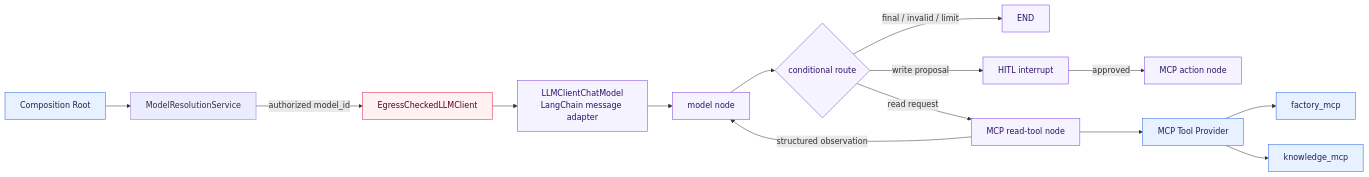
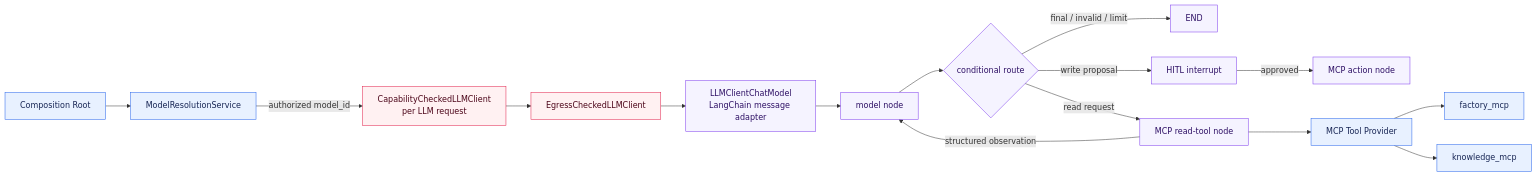
Diagram 11 of 21 in docs/architecture/overview.md (aboerzel/industrial-ai-agent), drawn with Mermaid before and after one commit. The commit also changed other lines of this file and 25 other files, not shown here.

Commit message:
fix: refine provider capability handling

````diff
--- a/docs/architecture/overview.md
+++ b/docs/architecture/overview.md
@@ -704,23 +722,24 @@
 ```mermaid
 flowchart LR
     CR["Composition Root"] --> Resolver["ModelResolutionService"]
-    Resolver -->|"authorized model_id"| Security["EgressCheckedLLMClient"]
+    Resolver -->|"authorized model_id"| Capability["CapabilityCheckedLLMClient<br/>per LLM request"]
+    Capability --> Security["EgressCheckedLLMClient"]
     Security --> Adapter["LLMClientChatModel<br/>LangChain message adapter"]
     Adapter --> Model["model node"]
     Model --> Route{"conditional route"}
     Route -->|"final / invalid / limit"| End["END"]
     Route -->|"read request"| Tool["MCP read-tool node"]
     Route -->|"write proposal"| Approval["HITL interrupt"]
     Approval -->|"approved"| Action["MCP action node"]
     Tool -->|"structured observation"| Model
     Tool --> Provider["MCP Tool Provider"]
     Provider --> Factory["factory_mcp"]
     Provider --> Knowledge["knowledge_mcp"]
 
     classDef core fill:#e8f1ff,stroke:#2563eb,color:#172554
     classDef framework fill:#f5f3ff,stroke:#7c3aed,color:#2e1065
     classDef security fill:#fff1f2,stroke:#e11d48,color:#4c0519
-    class CR,Router,Provider,Factory,Knowledge core
+    class CR,Resolver,Provider,Factory,Knowledge core
     class Adapter,Model,Route,Tool,Approval,Action,End framework
-    class Security security
+    class Capability,Security security
 ```
````
